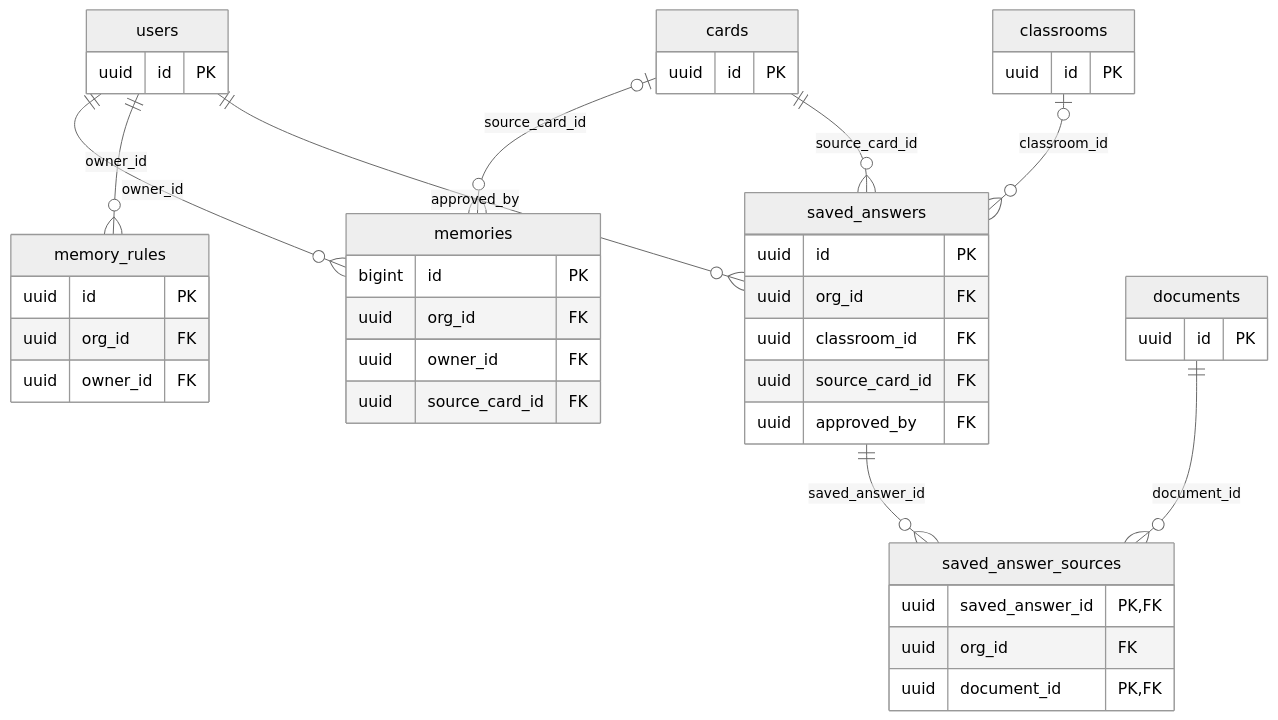
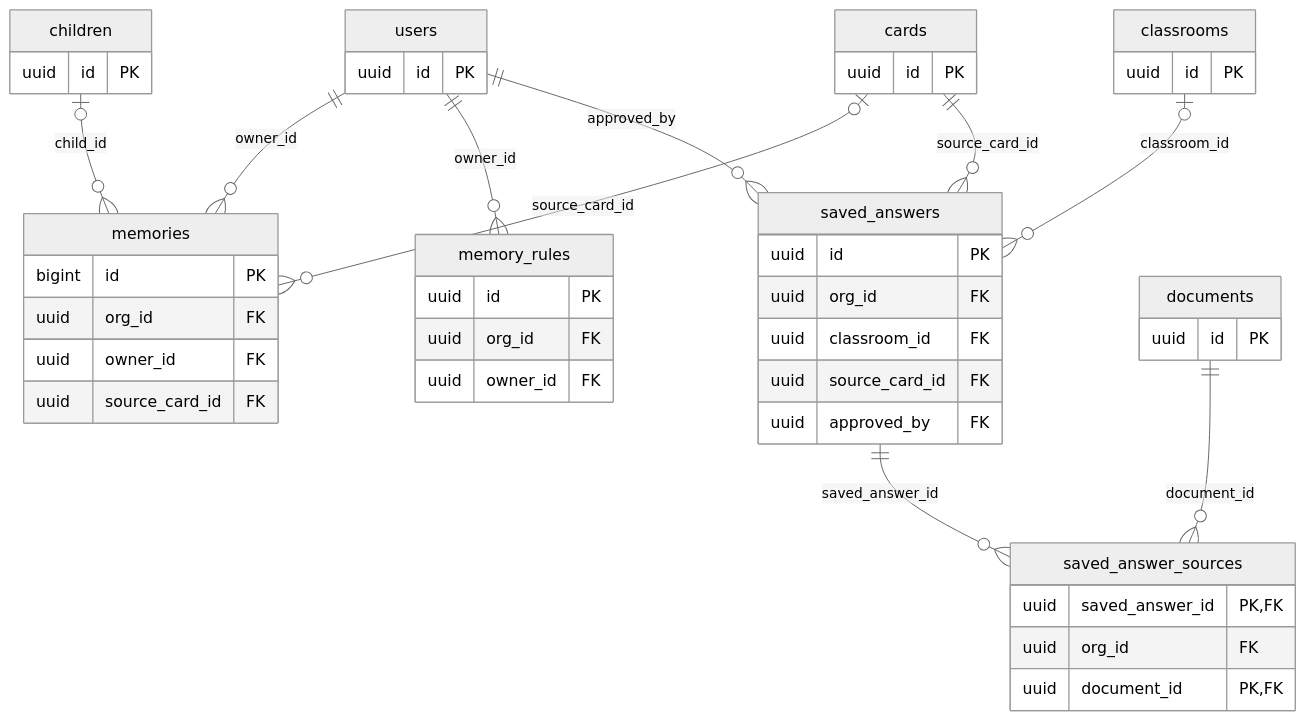
Before and after one commit to aio-final-2team/FinalProject_2Team: the fifth of 6 diagrams in Docs/Step2/DB_스키마_설계서.md, drawn with Mermaid (neutral theme). The commit also changed other lines of this file and 1 other file, not shown here.

````diff
--- a/Docs/Step2/DB_스키마_설계서.md
+++ b/Docs/Step2/DB_스키마_설계서.md
@@ -163,19 +163,21 @@
 ```mermaid
 erDiagram
     memories { bigint id PK uuid org_id FK uuid owner_id FK uuid source_card_id FK }
     memory_rules { uuid id PK uuid org_id FK uuid owner_id FK }
     saved_answers { uuid id PK uuid org_id FK uuid classroom_id FK uuid source_card_id FK uuid approved_by FK }
     saved_answer_sources { uuid saved_answer_id PK, FK uuid org_id FK uuid document_id PK, FK }
     cards { uuid id PK }
     classrooms { uuid id PK }
     documents { uuid id PK }
     users { uuid id PK }
+    children { uuid id PK }
     users ||--o{ memories : "owner_id"
+    children |o--o{ memories : "child_id"
     cards |o--o{ memories : "source_card_id"
     users ||--o{ memory_rules : "owner_id"
     users ||--o{ saved_answers : "approved_by"
     classrooms |o--o{ saved_answers : "classroom_id"
     cards ||--o{ saved_answers : "source_card_id"
     documents ||--o{ saved_answer_sources : "document_id"
     saved_answers ||--o{ saved_answer_sources : "saved_answer_id"
 ```
````
